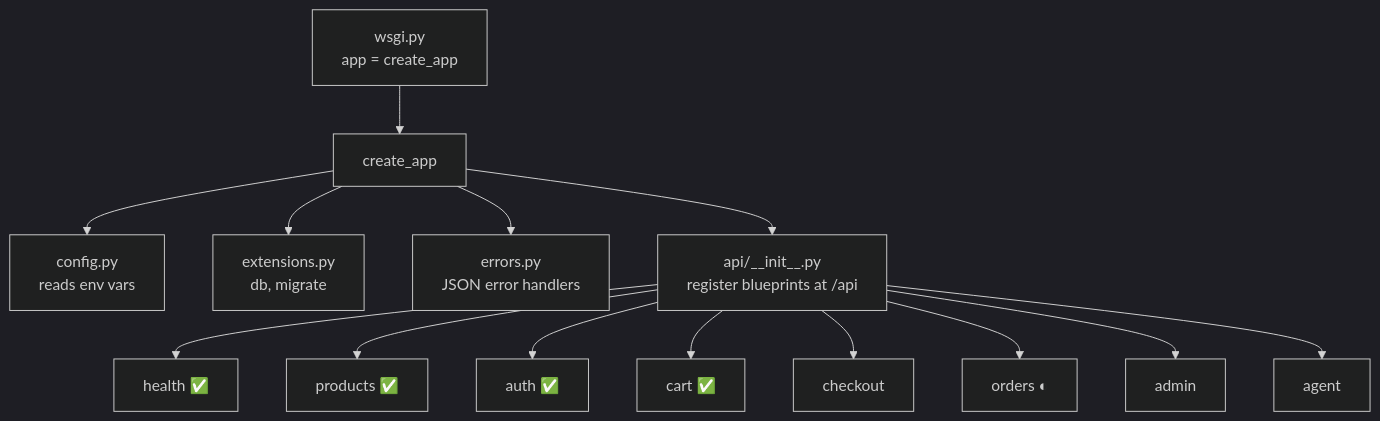
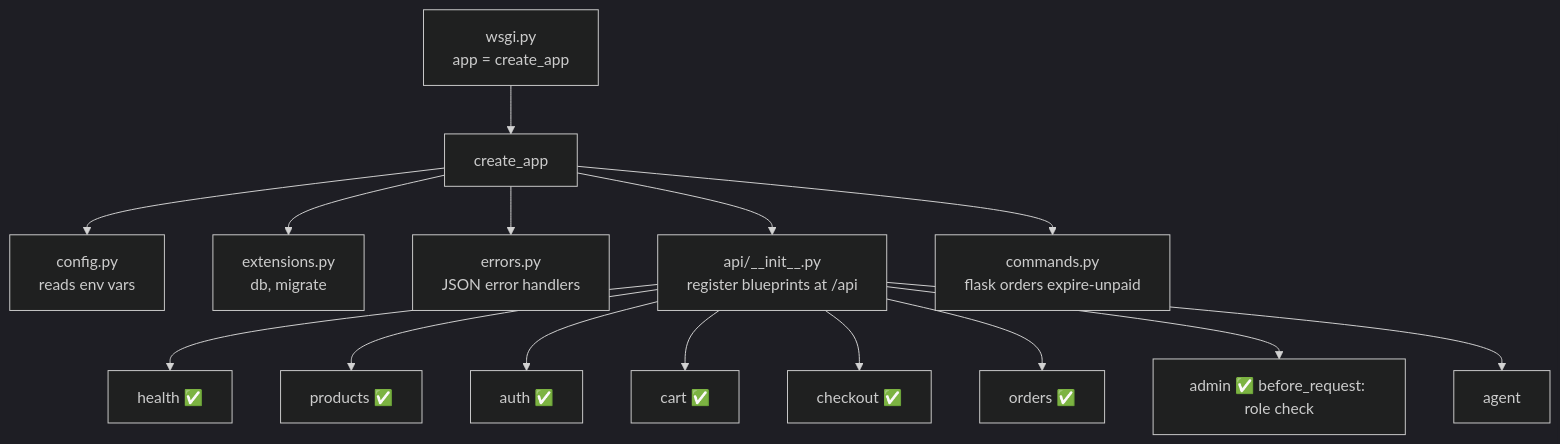
One commit to abdullahrasheed102/kora-store changed the fourth of 10 diagrams in docs/ARCHITECTURE.md. Above: the diagram before and after it, drawn with Mermaid (dark theme). The commit also changed other lines of this file and 150 other files, not shown here.

````diff
--- a/docs/ARCHITECTURE.md
+++ b/docs/ARCHITECTURE.md
@@ -80,16 +107,17 @@
 ```mermaid
 flowchart TB
     W[wsgi.py<br/>app = create_app] --> C[create_app]
     C --> CFG[config.py<br/>reads env vars]
     C --> EXT[extensions.py<br/>db, migrate]
     C --> ERR[errors.py<br/>JSON error handlers]
     C --> BP[api/__init__.py<br/>register blueprints at /api]
     BP --> H[health ✅]
     BP --> P[products ✅]
     BP --> AU[auth ✅]
     BP --> CA[cart ✅]
-    BP --> CH[checkout]
-    BP --> O[orders ◐]
-    BP --> AD[admin]
+    BP --> CH[checkout ✅]
+    BP --> O[orders ✅]
+    C --> CMD[commands.py<br/>flask orders expire-unpaid]
+    BP --> AD[admin ✅ before_request: role check]
     BP --> AG[agent]
 ```
````
